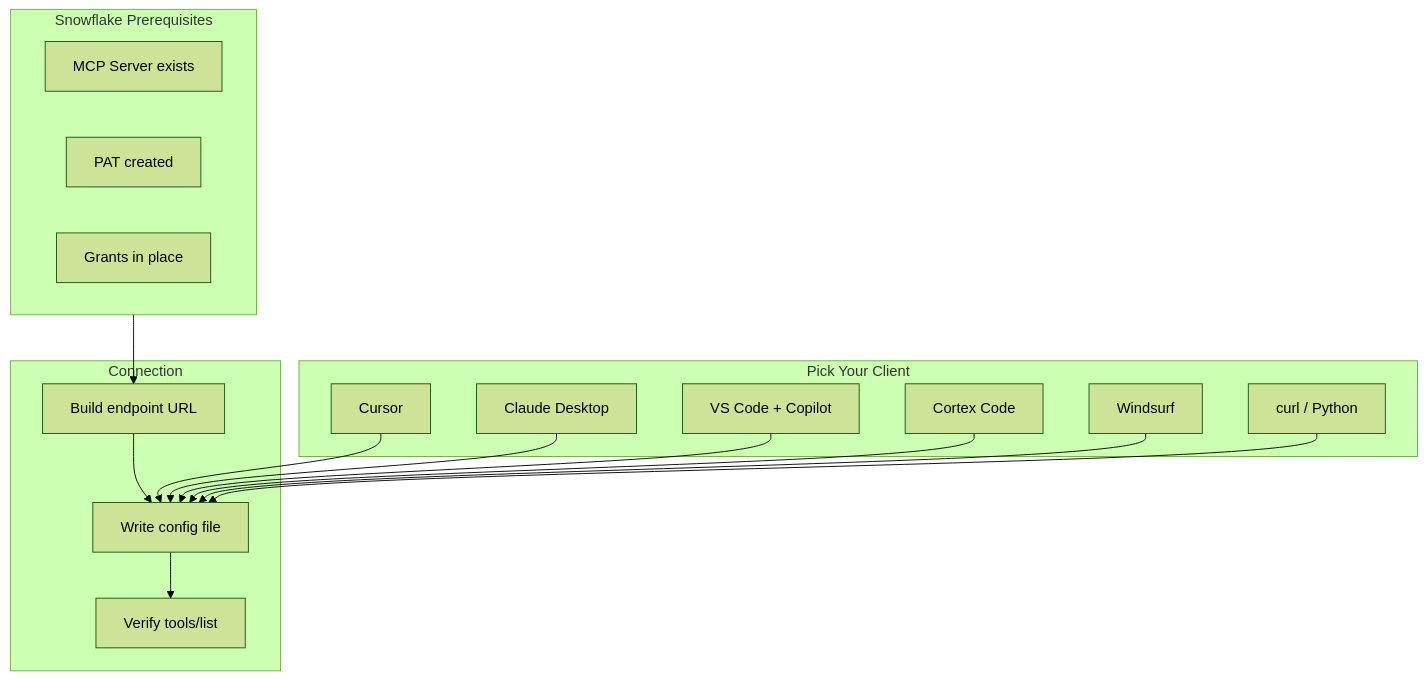
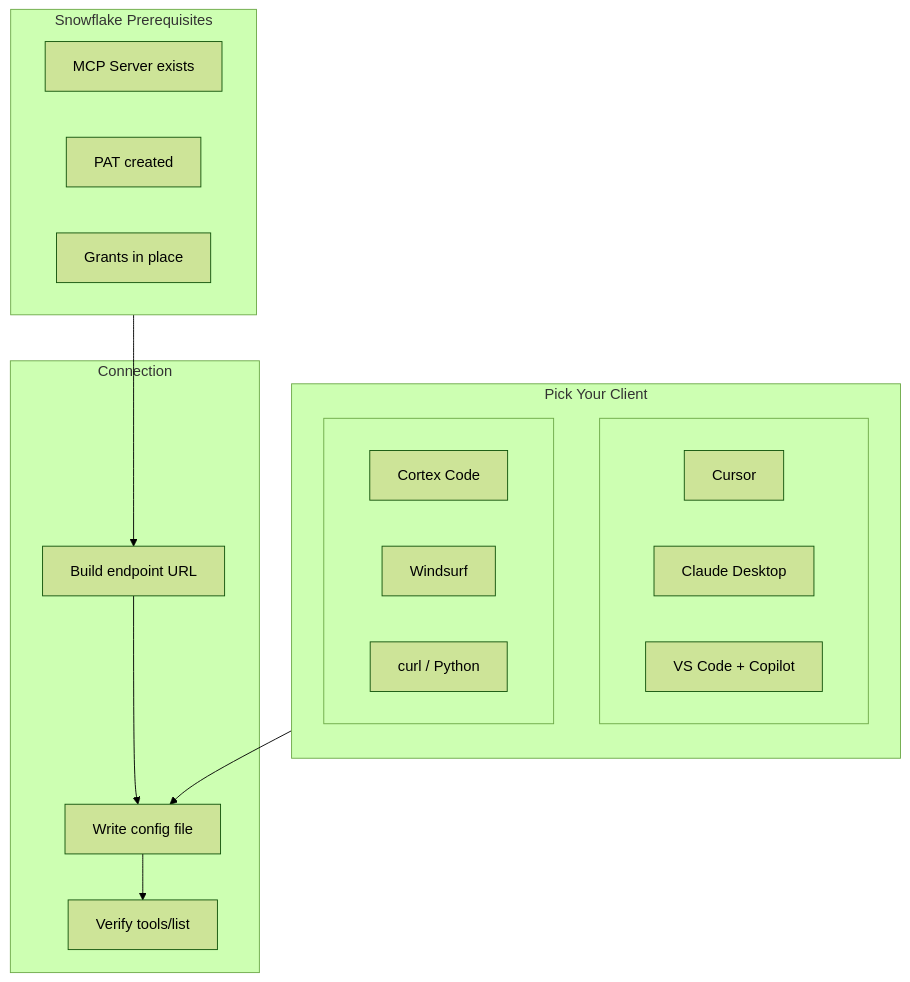
Before and after one commit to sfc-gh-miwhitaker/sfe-public: the third of 5 diagrams in guide-mcp-auth/README.md, drawn with Mermaid (forest theme). The commit also changed other lines of this file, not shown here.

First line of the commit message:
docs: enhance MCP authentication guide with improved client connection diagrams and important notes

````diff
--- a/guide-mcp-auth/README.md
+++ b/guide-mcp-auth/README.md
@@ -117,31 +123,31 @@
 ```mermaid
 flowchart TD
     subgraph prereqs [Snowflake Prerequisites]
         MCP["MCP Server exists"]
         PAT["PAT created"]
         Grants["Grants in place"]
     end
 
     subgraph clients [Pick Your Client]
-        Cursor[Cursor]
-        Claude[Claude Desktop]
-        VSCode[VS Code + Copilot]
-        CortexCode[Cortex Code]
-        Windsurf[Windsurf]
-        Custom[curl / Python]
+        direction TB
+        subgraph row1 [" "]
+            Cursor[Cursor]
+            Claude[Claude Desktop]
+            VSCode[VS Code + Copilot]
+        end
+        subgraph row2 [" "]
+            CortexCode[Cortex Code]
+            Windsurf[Windsurf]
+            Custom[curl / Python]
+        end
     end
 
     subgraph connect [Connection]
         URL["Build endpoint URL"]
         Config["Write config file"]
         Verify["Verify tools/list"]
     end
 
     prereqs --> URL --> Config --> Verify
-    Cursor --> Config
-    Claude --> Config
-    VSCode --> Config
-    CortexCode --> Config
-    Windsurf --> Config
-    Custom --> Config
+    clients --> Config
 ```
````
